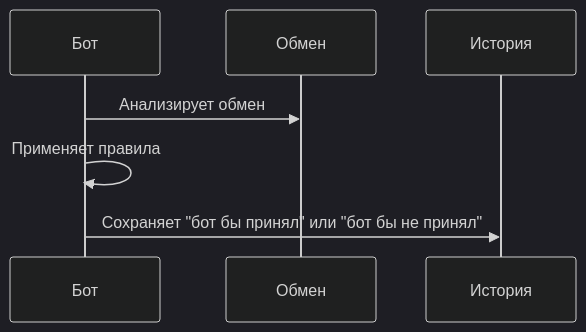
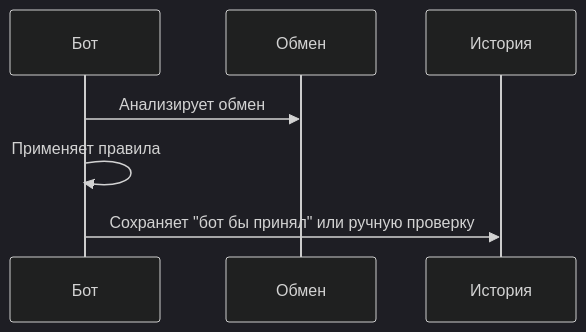
The tenth of 11 diagrams in prd.md (ElderlyDachshund/MangaBaryga), drawn with Mermaid (dark theme) before and after one commit. The commit also changed other lines of this file, not shown here.

Commit message:
docs(prd): refine trade bot requirements

````diff
--- a/prd.md
+++ b/prd.md
@@ -532,9 +625,9 @@
     ```mermaid
     sequenceDiagram
         participant Bot as Бот
         participant Trade as Обмен
         participant DB as История
         Bot->>Trade: Анализирует обмен
         Bot->>Bot: Применяет правила
-        Bot->>DB: Сохраняет "бот бы принял" или "бот бы не принял"
+        Bot->>DB: Сохраняет "бот бы принял" или ручную проверку
     ```
````
